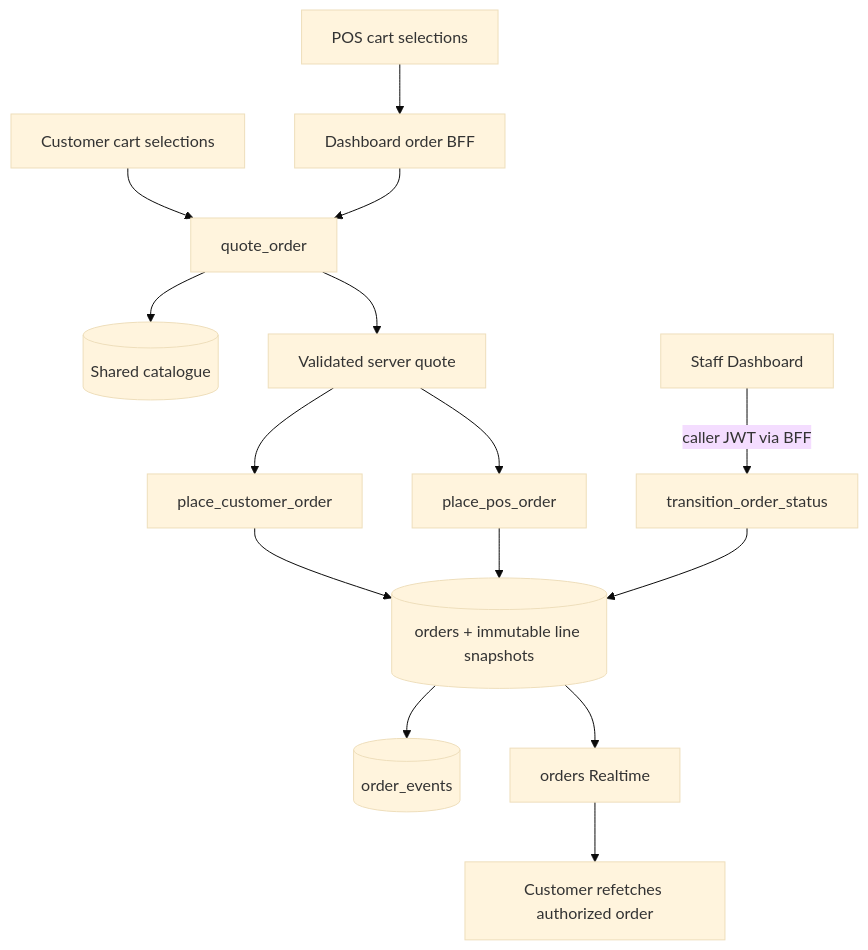
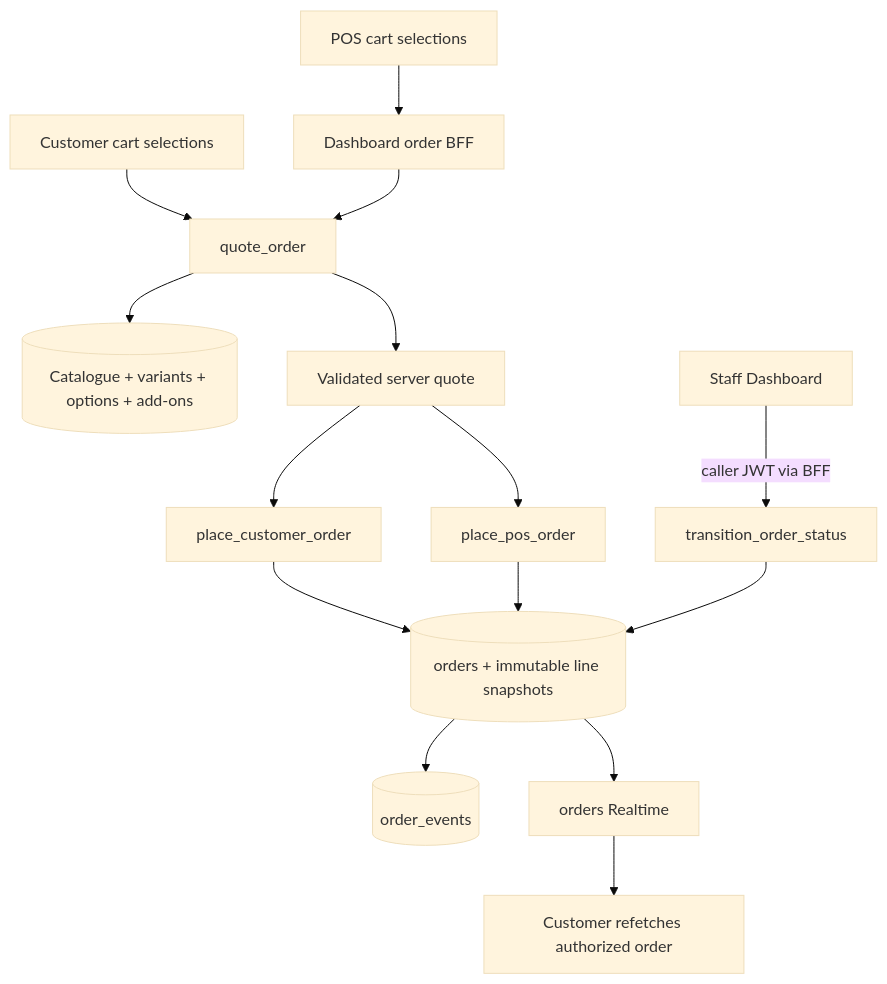
Before and after one commit to Hermann-33/Aida_System-Dashboard: the second of 2 diagrams in docs/context/ARCHITECTURE.md, drawn with Mermaid (base theme). The commit also changed other lines of this file, not shown here.

Commit message:
TASK-MENU-CUSTOMIZATION-001: reconcile architecture

````diff
--- a/docs/context/ARCHITECTURE.md
+++ b/docs/context/ARCHITECTURE.md
@@ -46,17 +71,17 @@
 ```mermaid
 flowchart TD
   CC[Customer cart selections] --> Q[quote_order]
   PC[POS cart selections] --> QB[Dashboard order BFF]
   QB --> Q
-  Q --> CAT[(Shared catalogue)]
+  Q --> CAT[(Catalogue + variants + options + add-ons)]
   Q --> V[Validated server quote]
   V --> CO[place_customer_order]
   V --> PO[place_pos_order]
   CO --> O[(orders + immutable line snapshots)]
   PO --> O
   O --> E[(order_events)]
   STAFF[Staff Dashboard] -->|caller JWT via BFF| T[transition_order_status]
   T --> O
   O --> RT[orders Realtime]
   RT --> CUSTOMER[Customer refetches authorized order]
 ```
````
